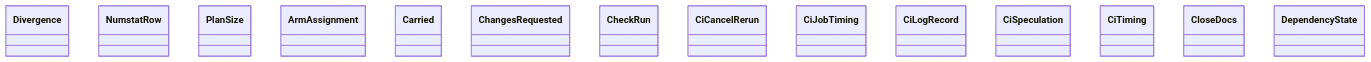
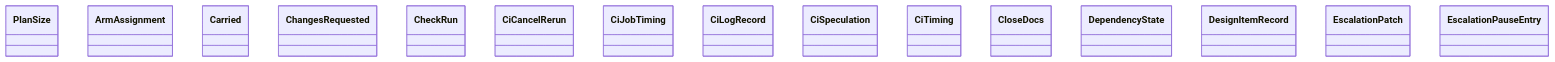
The diagram in docs/architecture/generated/classes-process-domain-state-3.md (GonzaloZevallos/agentic-system), drawn with Mermaid before and after one commit. The commit also changed other lines of this file and 22 other files, not shown here.

````diff
--- a/docs/architecture/generated/classes-process-domain-state-3.md
+++ b/docs/architecture/generated/classes-process-domain-state-3.md
@@ -25,17 +25,18 @@
 ```mermaid
 classDiagram
-    class size_budget__Divergence["Divergence"]
-    class size_budget__NumstatRow["NumstatRow"]
     class size_budget__PlanSize["PlanSize"]
     class task__ArmAssignment["ArmAssignment"]
     class task__Carried["Carried"]
     class task__ChangesRequested["ChangesRequested"]
     class task__CheckRun["CheckRun"]
     class task__CiCancelRerun["CiCancelRerun"]
     class task__CiJobTiming["CiJobTiming"]
     class task__CiLogRecord["CiLogRecord"]
     class task__CiSpeculation["CiSpeculation"]
     class task__CiTiming["CiTiming"]
     class task__CloseDocs["CloseDocs"]
     class task__DependencyState["DependencyState"]
+    class task__DesignItemRecord["DesignItemRecord"]
+    class task__EscalationPatch["EscalationPatch"]
+    class task__EscalationPauseEntry["EscalationPauseEntry"]
 ```
````
